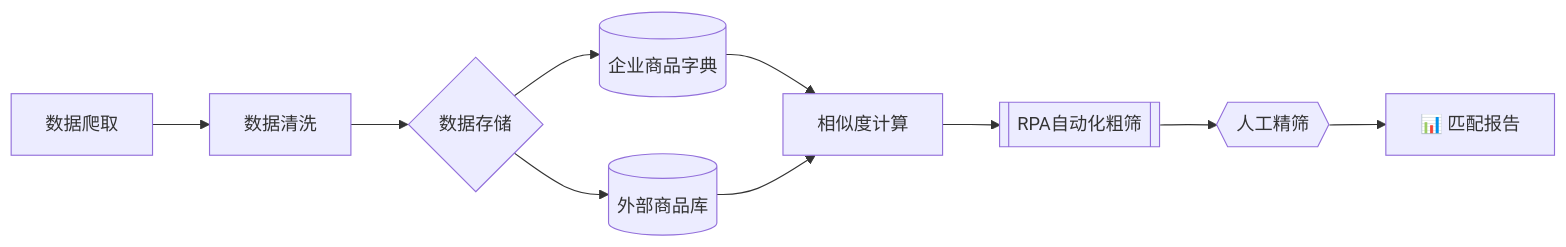
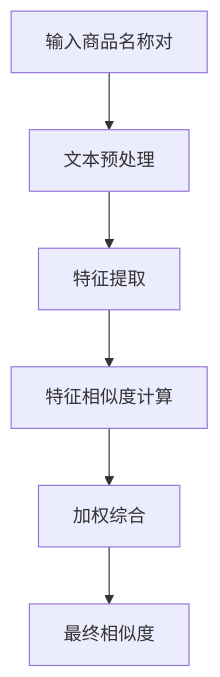
The fifth of 7 diagrams in README.md (041008Ashley/2025-ProductTitleMatchingAnalysis), drawn with Mermaid before and after one commit. The commit also changed other lines of this file, not shown here.

````diff
--- a/README.md
+++ b/README.md
@@ -23,12 +97,8 @@
 ```mermaid
-graph LR
-    A[数据爬取] --> B[数据清洗]
-    B --> C{数据存储}
-    C --> D[(企业商品字典)]
-    C --> E[(外部商品库)]
-    D --> F[相似度计算]
-    E --> F
-    F --> G[[RPA自动化粗筛]]
-    G --> H{{人工精筛}}
-    H --> I[📊 匹配报告]
+graph TD
+    A[输入商品名称对] --> B[文本预处理]
+    B --> C[特征提取]
+    C --> D[特征相似度计算]
+    D --> E[加权综合]
+    E --> F[最终相似度]
 ```
````
